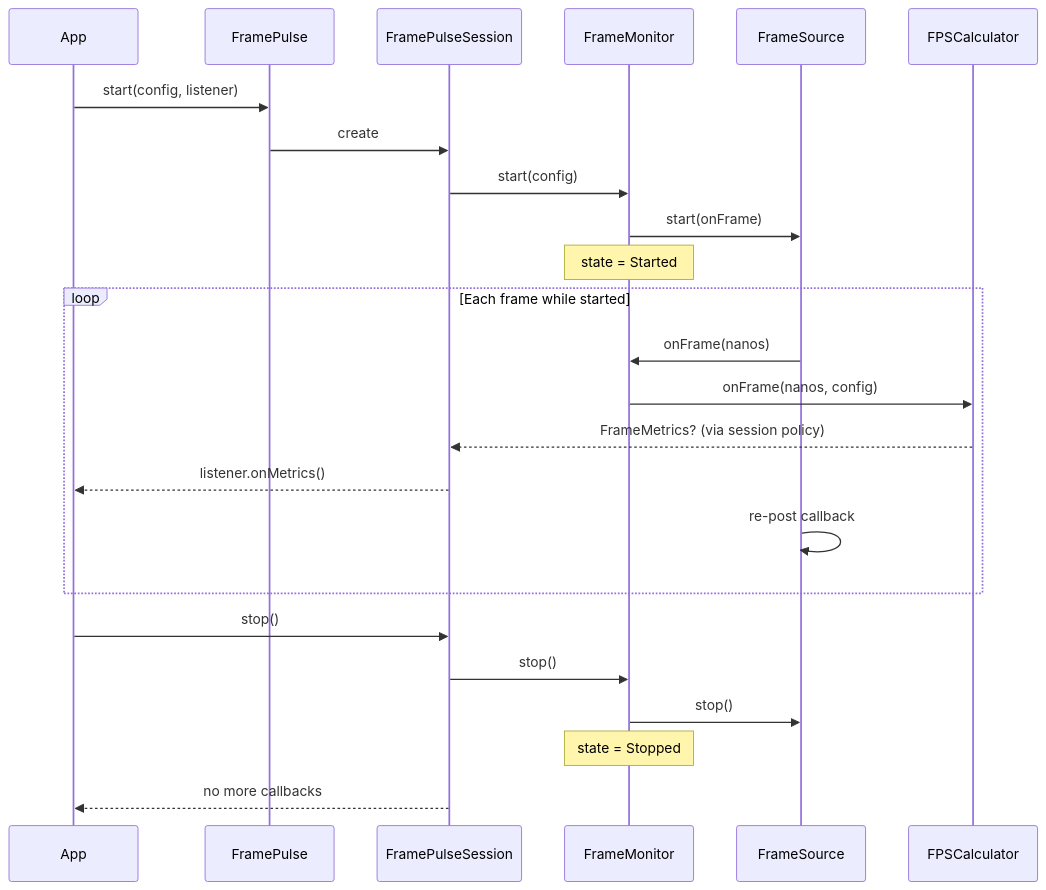
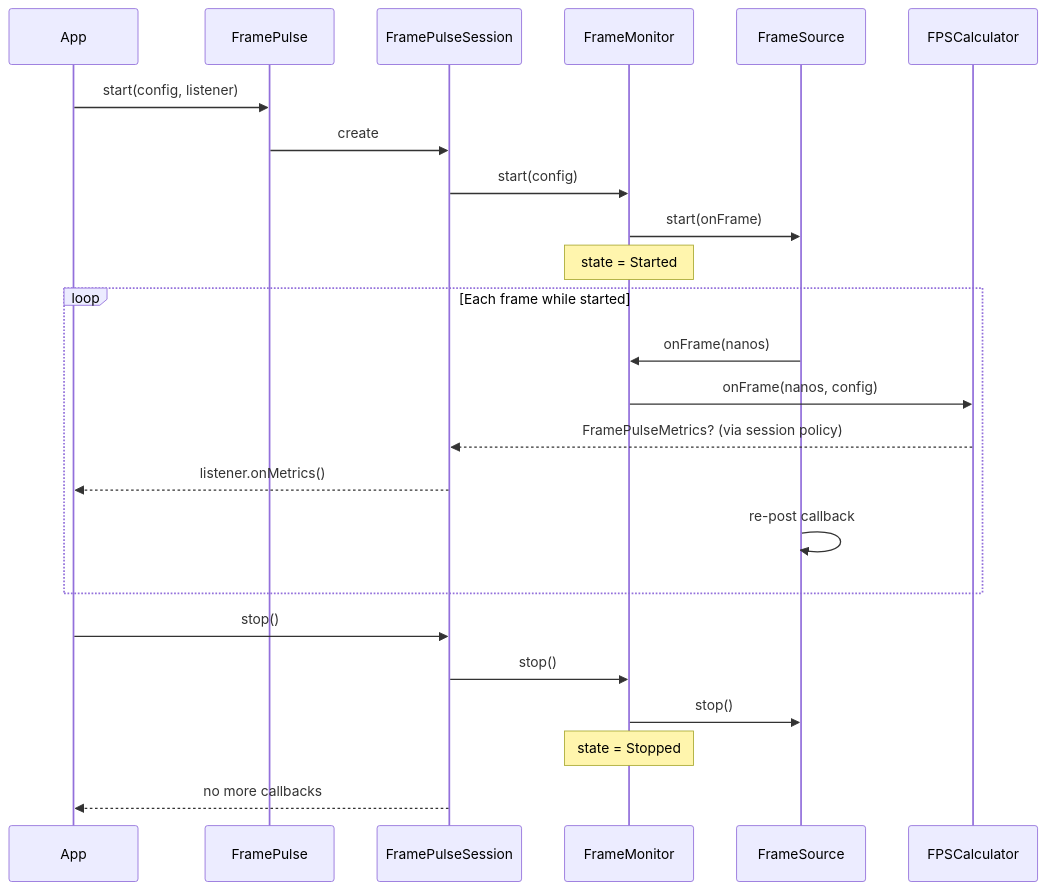
One commit to imayankkumar/FramePulse changed the tenth of 10 diagrams in docs/FRAME_MONITOR.md. Above: the diagram before and after it, drawn with Mermaid. The commit also changed other lines of this file and 2 other files, not shown here.

````diff
--- a/docs/FRAME_MONITOR.md
+++ b/docs/FRAME_MONITOR.md
@@ -438,29 +438,29 @@
 ```mermaid
 sequenceDiagram
     participant App
     participant FP as FramePulse
     participant SES as FramePulseSession
     participant FM as FrameMonitor
     participant FS as FrameSource
     participant CALC as FPSCalculator
 
     App->>FP: start(config, listener)
     FP->>SES: create
     SES->>FM: start(config)
     FM->>FS: start(onFrame)
     Note over FM: state = Started
 
     loop Each frame while started
         FS->>FM: onFrame(nanos)
         FM->>CALC: onFrame(nanos, config)
-        CALC-->>SES: FrameMetrics? (via session policy)
+        CALC-->>SES: FramePulseMetrics? (via session policy)
         SES-->>App: listener.onMetrics()
         FS->>FS: re-post callback
     end
 
     App->>SES: stop()
     SES->>FM: stop()
     FM->>FS: stop()
     Note over FM: state = Stopped
     SES-->>App: no more callbacks
 ```
````
